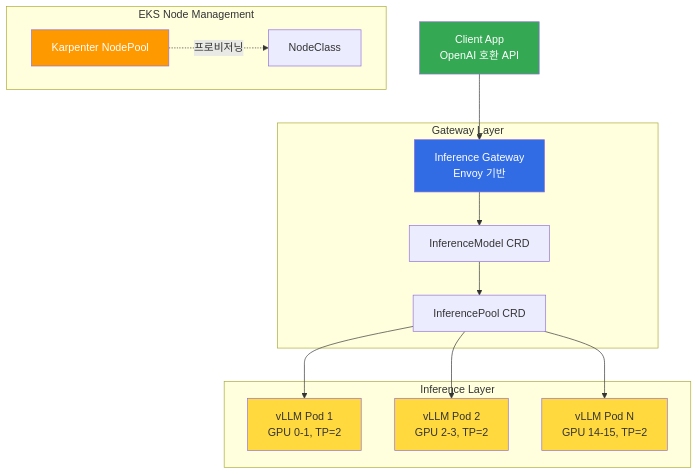
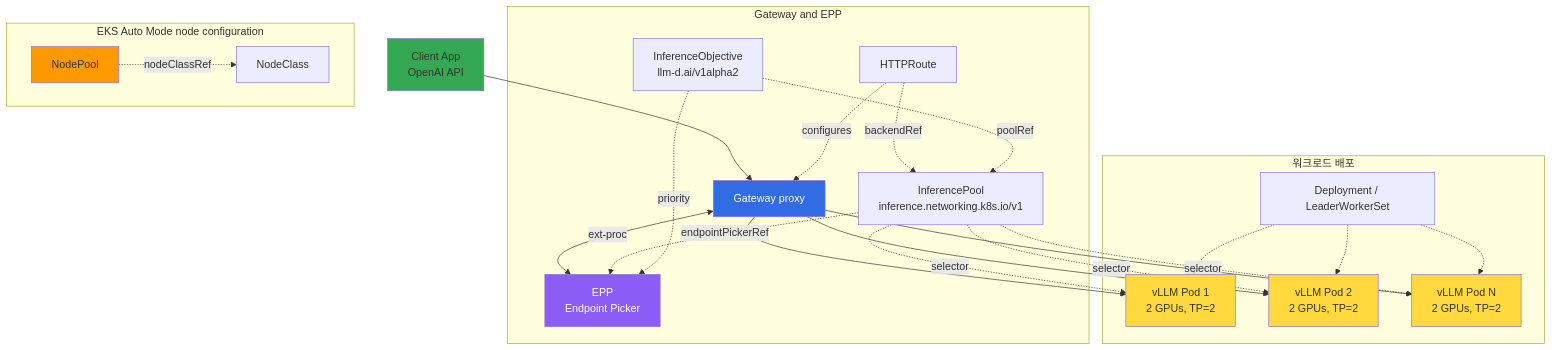
The third of 3 diagrams in docs/agentic-ai-platform/model-serving/inference-optimization/kv-cache-optimization.md (devfloor9/engineering-playbook), drawn with Mermaid before and after one commit. The commit also changed other lines of this file and 10 other files, not shown here.

First line of the commit message:
docs: reconcile llm-d routing and workload guidance

````diff
--- a/docs/agentic-ai-platform/model-serving/inference-optimization/kv-cache-optimization.md
+++ b/docs/agentic-ai-platform/model-serving/inference-optimization/kv-cache-optimization.md
@@ -182,36 +185,45 @@
 ```mermaid
 flowchart TB
-    CLIENT[Client App<br/>OpenAI 호환 API]
-
-    subgraph Gateway["Gateway Layer"]
-        GW[Inference Gateway<br/>Envoy 기반]
-        IM[InferenceModel CRD]
-        IP[InferencePool CRD]
+    CLIENT[Client App<br/>OpenAI API]
+    subgraph Routing["Gateway and EPP"]
+        GW[Gateway proxy]
+        EPP[EPP<br/>Endpoint Picker]
+        HR[HTTPRoute]
+        IP[InferencePool<br/>inference.networking.k8s.io/v1]
+        IO[InferenceObjective<br/>llm-d.ai/v1alpha2]
     end
-
-    subgraph Inference["Inference Layer"]
-        V1[vLLM Pod 1<br/>GPU 0-1, TP=2]
-        V2[vLLM Pod 2<br/>GPU 2-3, TP=2]
-        VN[vLLM Pod N<br/>GPU 14-15, TP=2]
+    subgraph Workload["워크로드 배포"]
+        DEP[Deployment / LeaderWorkerSet]
+        V1[vLLM Pod 1<br/>2 GPUs, TP=2]
+        V2[vLLM Pod 2<br/>2 GPUs, TP=2]
+        VN[vLLM Pod N<br/>2 GPUs, TP=2]
     end
-
-    subgraph Node["EKS Node Management"]
-        NP[Karpenter NodePool]
+    subgraph Nodes["EKS Auto Mode node configuration"]
+        NP[NodePool]
         NC[NodeClass]
     end
-
     CLIENT --> GW
-    GW --> IM
-    IM --> IP
-    IP --> V1
-    IP --> V2
-    IP --> VN
-    NP -.->|프로비저닝| NC
-
-    style CLIENT fill:#34a853,color:#fff
+    GW <-->|ext-proc| EPP
+    GW --> V1
+    GW --> V2
+    GW --> VN
+    HR -.->|configures| GW
+    HR -.->|backendRef| IP
+    IP -.->|endpointPickerRef| EPP
+    IP -.->|selector| V1
+    IP -.->|selector| V2
+    IP -.->|selector| VN
+    IO -.->|poolRef| IP
+    IO -.->|priority| EPP
+    DEP -.-> V1
+    DEP -.-> V2
+    DEP -.-> VN
+    NP -.->|nodeClassRef| NC
+    style CLIENT fill:#34a853
     style GW fill:#326ce5,color:#fff
+    style EPP fill:#8b5cf6,color:#fff
     style V1 fill:#ffd93d
     style V2 fill:#ffd93d
     style VN fill:#ffd93d
-    style NP fill:#ff9900,color:#fff
+    style NP fill:#ff9900
 ```
````
